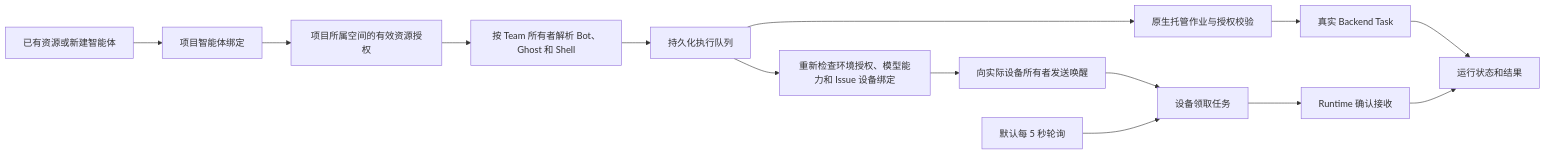
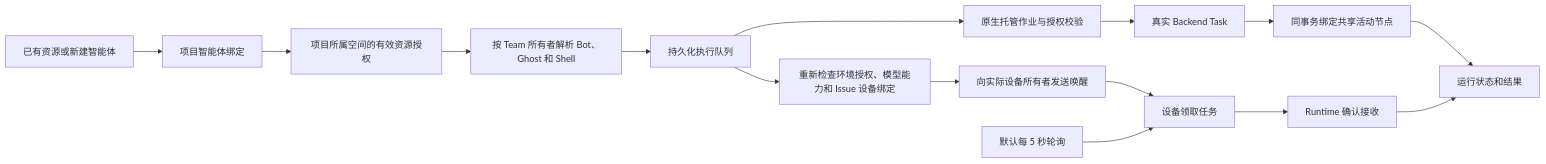
One commit to wecode-ai/Wegent changed the diagram in docs/zh/wegent/developer-guide/wework-collaboration-execution.md. Above: the diagram before and after it, drawn with Mermaid. The commit also changed other lines of this file and 13 other files, not shown here.

````diff
--- a/docs/zh/wegent/developer-guide/wework-collaboration-execution.md
+++ b/docs/zh/wegent/developer-guide/wework-collaboration-execution.md
@@ -10,16 +10,17 @@
 ```mermaid
 flowchart LR
   Selection[已有资源或新建智能体] --> Binding[项目智能体绑定]
   Binding --> Access[项目所属空间的有效资源授权]
   Access --> Compile[按 Team 所有者解析 Bot、Ghost 和 Shell]
   Compile --> Queue[持久化执行队列]
   Queue --> Managed[原生托管作业与授权校验]
   Managed --> Task[真实 Backend Task]
-  Task --> Status
+  Task --> Activity[同事务绑定共享活动节点]
+  Activity --> Status
   Queue --> Routing[重新检查环境授权、模型能力和 Issue 设备绑定]
   Routing --> Wake[向实际设备所有者发送唤醒]
   Wake --> Pull[设备领取任务]
   Poll[默认每 5 秒轮询] --> Pull
   Pull --> Accept[Runtime 确认接收]
   Accept --> Status[运行状态和结果]
 ```
````
